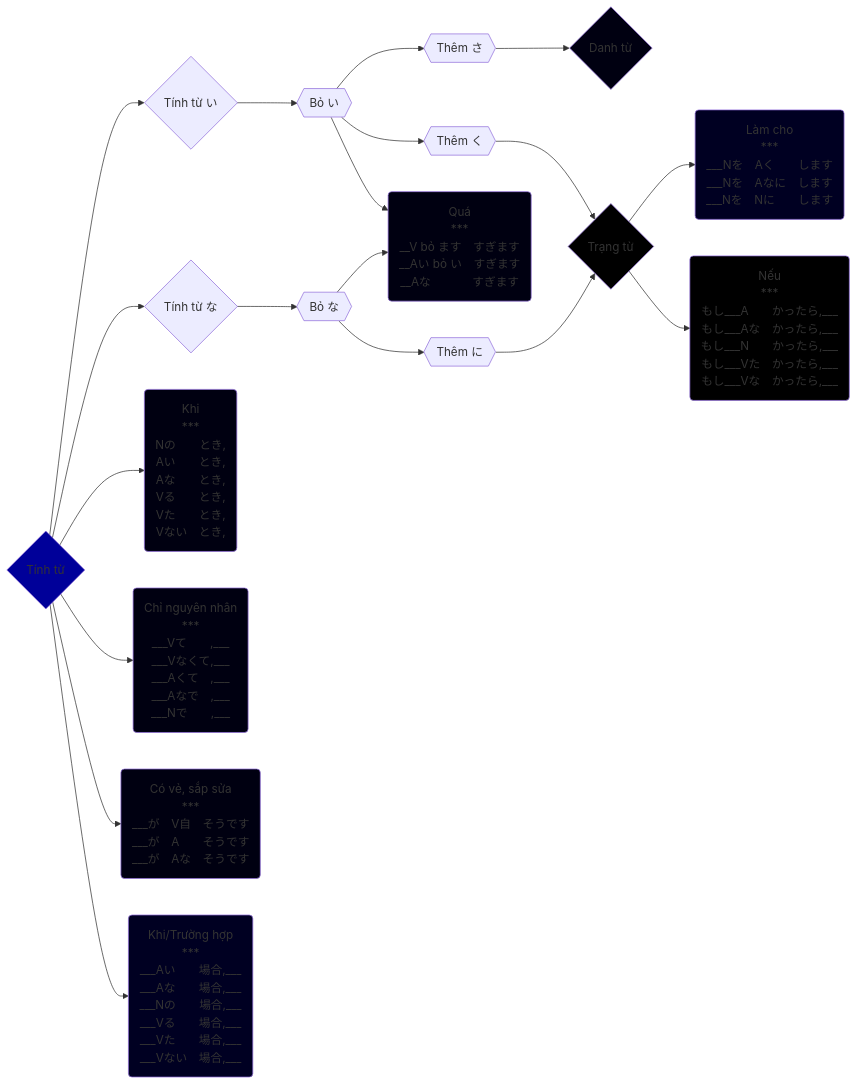
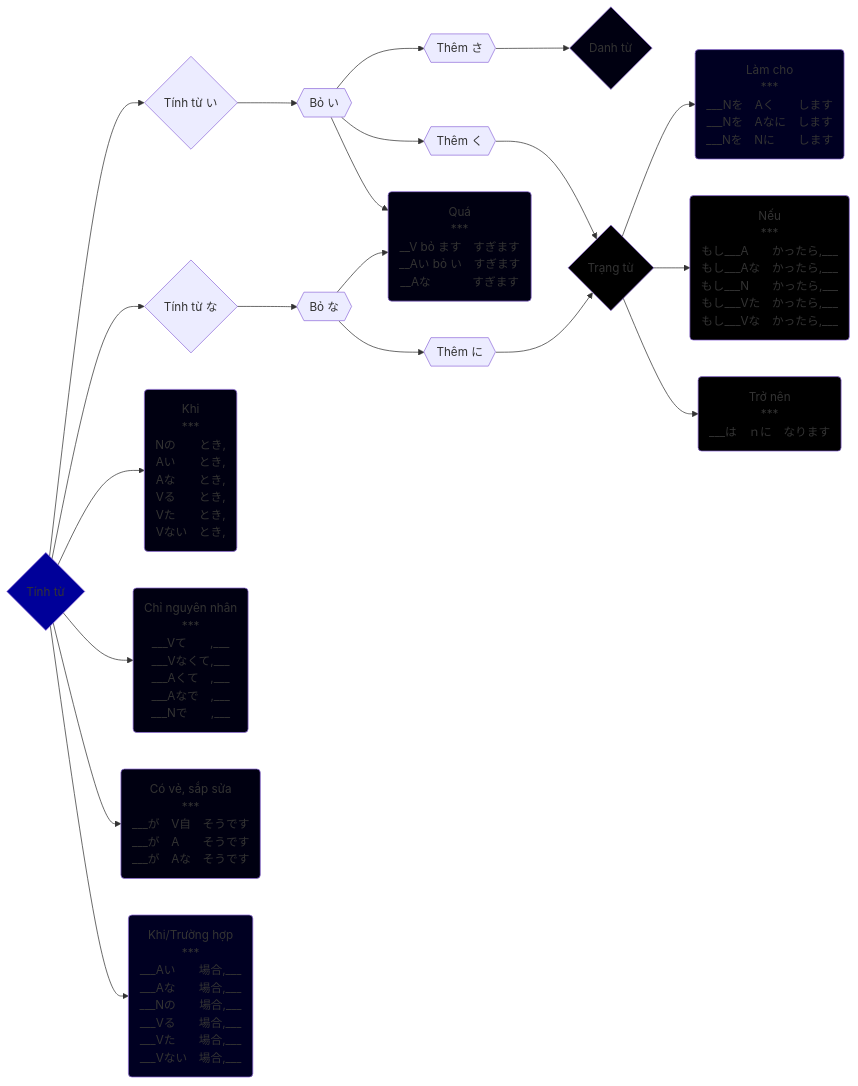
The diagram in Tinh_Tu_graph.md (tea1504/learn), drawn with Mermaid before and after one commit. The commit also changed 14 other files, not shown here.

````diff
--- a/Tinh_Tu_graph.md
+++ b/Tinh_Tu_graph.md
@@ -1,32 +1,34 @@
 ```mermaid
 graph LR;
     A{Tính từ}
 
     A-->Ai{Tính từ い}
     A-->Ana{Tính từ な}
 
     Ai-->boI{{Bỏ い}}-->themSa{{Thêm さ}}-->N{Danh từ}
     boI-->themKu{{Thêm く}}-->Adv{Trạng từ}
     A-->khi(Khi\n***\nNの　　とき,\nAい　　とき,\nAな　　とき,\nVる　　とき,\nVた　　とき,\nVない　とき,)
     A-->chiNguyenNhan(Chỉ nguyên nhân\n***\n___Vて　　,___\n___Vなくて,___\n___Aくて　,___\n___Aなで　,___\n___Nで　　,___)
     A-->coVeSapSua(Có vẻ, sắp sửa\n***\n___が　V自　そうです\n___が　A　　そうです\n___が　Aな　そうです)
     boI-->qua(Quá\n***\n__V bỏ ます　すぎます\n__Aい bỏ い　すぎます\n__Aな 　　 　すぎます)
     Ana-->boNa{{Bỏ な}}
     boNa-->qua
     boNa-->themNi{{Thêm に}}-->Adv{Trạng từ}
     Adv-->lamCho(Làm cho\n***\n___Nを　Aく　　します\n___Nを　Aなに　します\n___Nを　Nに　　します)
     A-->truongHop(Khi/Trường hợp\n***\n___Aい　　場合,___\n___Aな　　場合,___\n___Nの　　場合,___\n___Vる　　場合,___\n___Vた　　場合,___\n___Vない　場合,___)
     Adv-->neu(Nếu\n***\nもし___A　　かったら,___\nもし___Aな　かったら,___\nもし___N　　かったら,___\nもし___Vた　かったら,___\nもし___Vな　かったら,___)
+    Adv-->troNen(Trở nên\n***\n___は　ｎに　なります)
 
     style A fill:#009
     style Adv fill:#000
     style chiNguyenNhan fill:#001
     style coVeSapSua fill:#000
     style coVeSapSua fill:#001
     style khi fill:#001
     style lamCho fill:#002
     style N fill:#001
     style neu fill:#000
     style qua fill:#001
     style truongHop fill:#002
+    style troNen fill:#000
 ```
````
